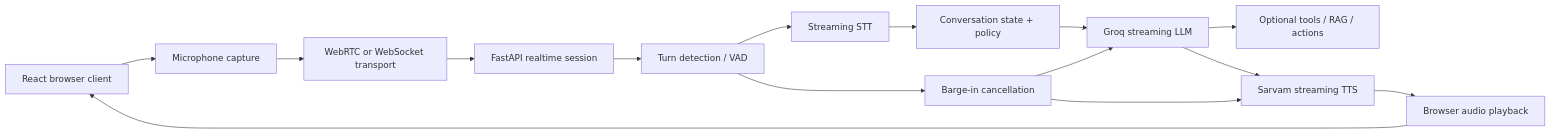
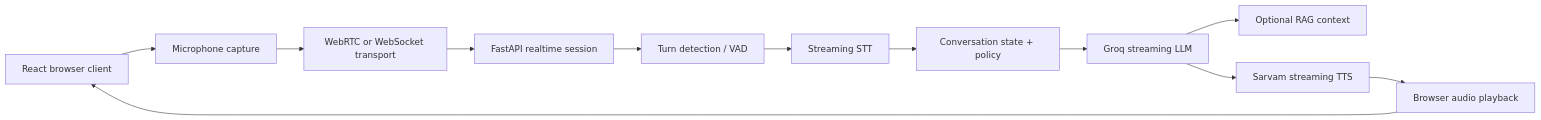
One commit to Gaurav7974/Gen-Ai-Voice-agent changed the diagram in DESIGN.md. Above: the diagram before and after it, drawn with Mermaid. The commit also changed other lines of this file and 74 other files, not shown here.

````diff
--- a/DESIGN.md
+++ b/DESIGN.md
@@ -60,17 +44,14 @@
 ```mermaid
 flowchart LR
     Browser["React browser client"] --> Mic["Microphone capture"]
     Mic --> Transport["WebRTC or WebSocket transport"]
     Transport --> Backend["FastAPI realtime session"]
     Backend --> VAD["Turn detection / VAD"]
     VAD --> STT["Streaming STT"]
     STT --> Dialogue["Conversation state + policy"]
     Dialogue --> LLM["Groq streaming LLM"]
-    LLM --> Tools["Optional tools / RAG / actions"]
+    LLM --> Tools["Optional RAG context"]
     LLM --> TTS["Sarvam streaming TTS"]
     TTS --> Playback["Browser audio playback"]
     Playback --> Browser
-    VAD --> Interrupt["Barge-in cancellation"]
-    Interrupt --> LLM
-    Interrupt --> TTS
 ```
````
